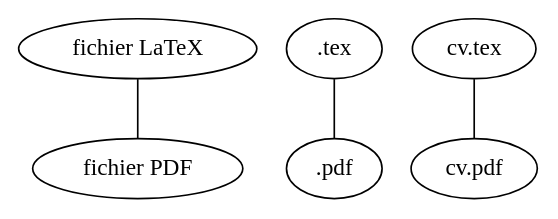
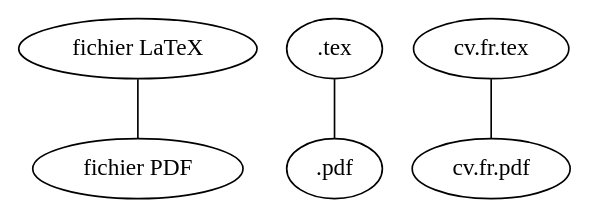
The third of 5 diagrams in graph.rst (Naereen/web-sphinx), drawn with Graphviz before and after one commit. The commit also changed other lines of this file and 4 other files, not shown here.

```diff
--- a/graph.rst
+++ b/graph.rst
@@ -60,5 +60,5 @@
 .. graph:: latex
 
    "fichier LaTeX" -- "fichier PDF"
    ".tex" -- ".pdf";
-   "cv.tex" -- "cv.pdf";
+   "cv.fr.tex" -- "cv.fr.pdf";
```
